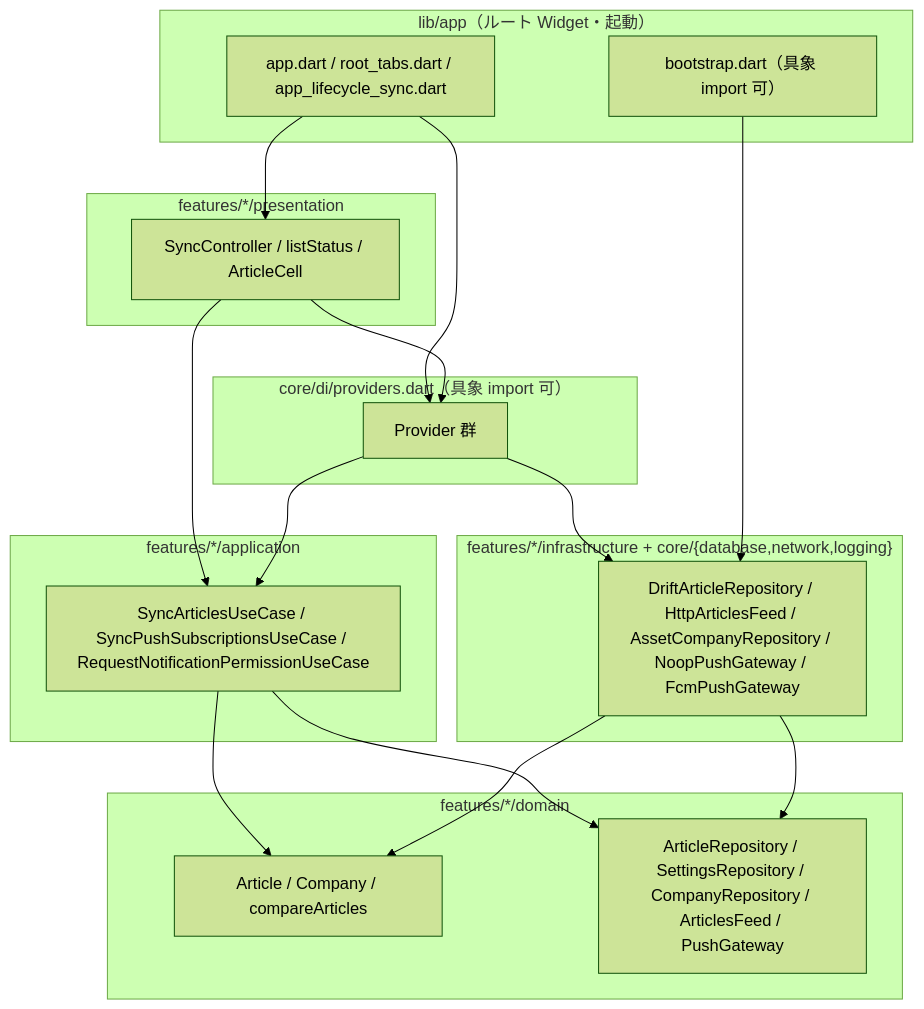
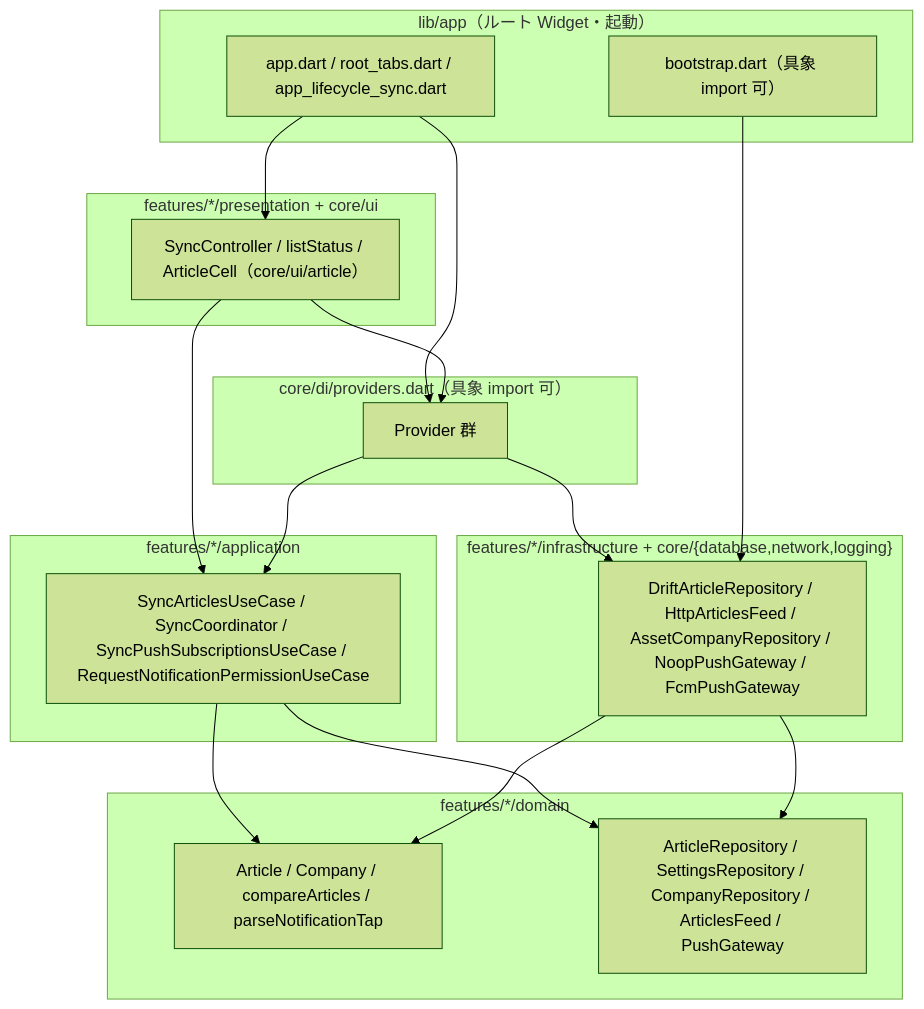
Before and after one commit to sss-kato/curtaincall: the first of 2 diagrams in docs/design/D-04.md, drawn with Mermaid (forest theme). The commit also changed other lines of this file and 4 other files, not shown here.

````diff
--- a/docs/design/D-04.md
+++ b/docs/design/D-04.md
@@ -81,34 +101,34 @@
 ```mermaid
 flowchart TB
   subgraph APP["lib/app（ルート Widget・起動）"]
     BOOT["bootstrap.dart（具象 import 可）"]
     ROOT["app.dart / root_tabs.dart / app_lifecycle_sync.dart"]
   end
-  subgraph PRES["features/*/presentation"]
-    SC["SyncController / listStatus / ArticleCell"]
+  subgraph PRES["features/*/presentation + core/ui"]
+    SC["SyncController / listStatus / ArticleCell（core/ui/article）"]
   end
   subgraph DI["core/di/providers.dart（具象 import 可）"]
     PV["Provider 群"]
   end
   subgraph APPL["features/*/application"]
-    UC["SyncArticlesUseCase / SyncPushSubscriptionsUseCase / RequestNotificationPermissionUseCase"]
+    UC["SyncArticlesUseCase / SyncCoordinator / SyncPushSubscriptionsUseCase / RequestNotificationPermissionUseCase"]
   end
   subgraph DOM["features/*/domain"]
-    ENT["Article / Company / compareArticles"]
+    ENT["Article / Company / compareArticles / parseNotificationTap"]
     IF["ArticleRepository / SettingsRepository / CompanyRepository / ArticlesFeed / PushGateway"]
   end
   subgraph INFRA["features/*/infrastructure + core/{database,network,logging}"]
     IMPL["DriftArticleRepository / HttpArticlesFeed / AssetCompanyRepository / NoopPushGateway / FcmPushGateway"]
   end
   ROOT --> SC
   ROOT --> PV
   SC --> PV
   SC --> UC
   PV --> UC
   PV --> IMPL
   BOOT --> IMPL
   UC --> IF
   UC --> ENT
   IMPL --> IF
   IMPL --> ENT
 ```
````
